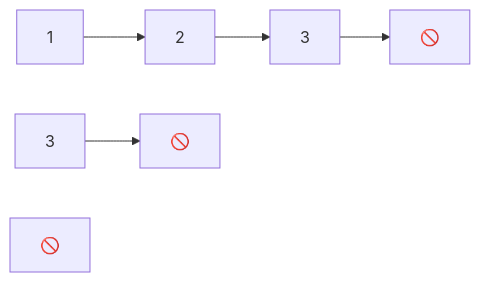
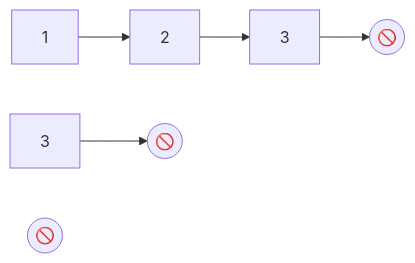
The fourth of 9 diagrams in _posts/2026-02-15-nuralagus-rex.md (raganwald/raganwald.github.com), drawn with Mermaid before and after one commit. The commit also changed other lines of this file, not shown here.

```diff
--- a/_posts/2026-02-15-nuralagus-rex.md
+++ b/_posts/2026-02-15-nuralagus-rex.md
@@ -61,16 +61,16 @@
 <div class="mermaid">
   graph LR
     b["1"]
     c["2"]
     d["3"]
     d2["3"]
-    Empty["🚫"]
-    Empty2["🚫"]
-    Empty3["🚫"]
+    Empty(("🚫"))
+    Empty2(("🚫"))
+    Empty3(("🚫"))
 
     Empty
 
     d2--> Empty2
 
     b-->c-->d-->Empty3
 </div>
```
